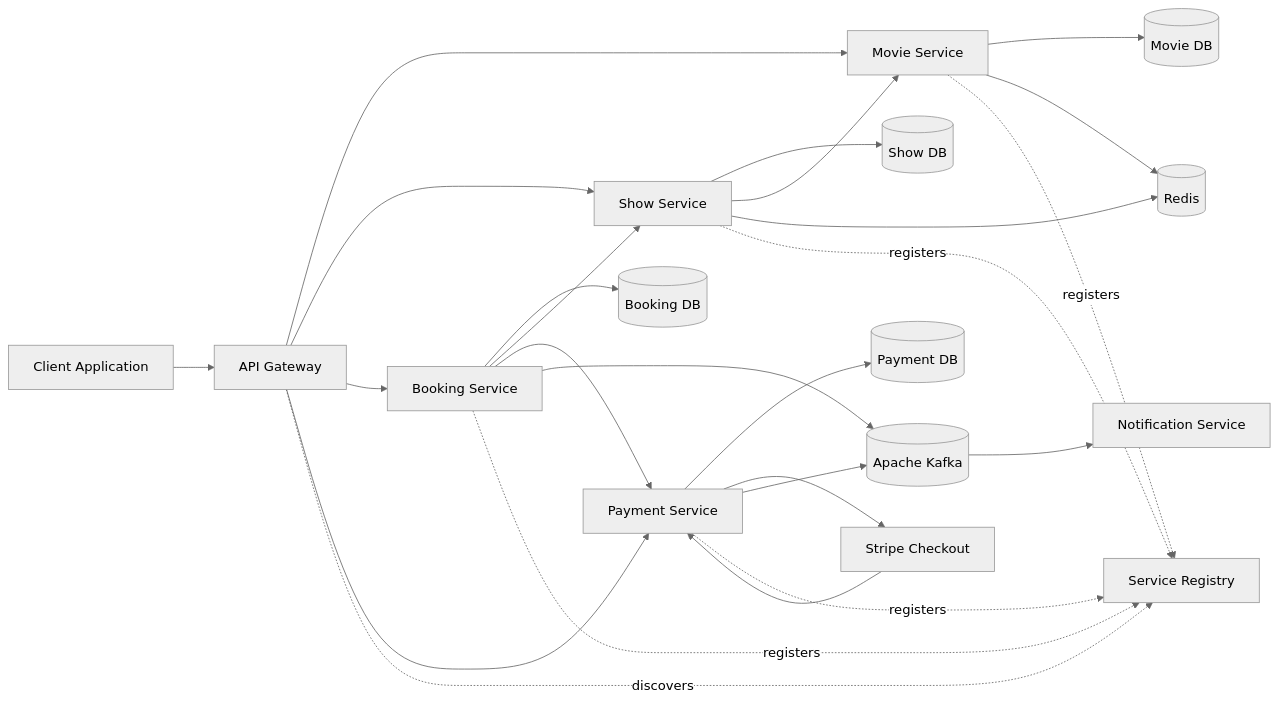
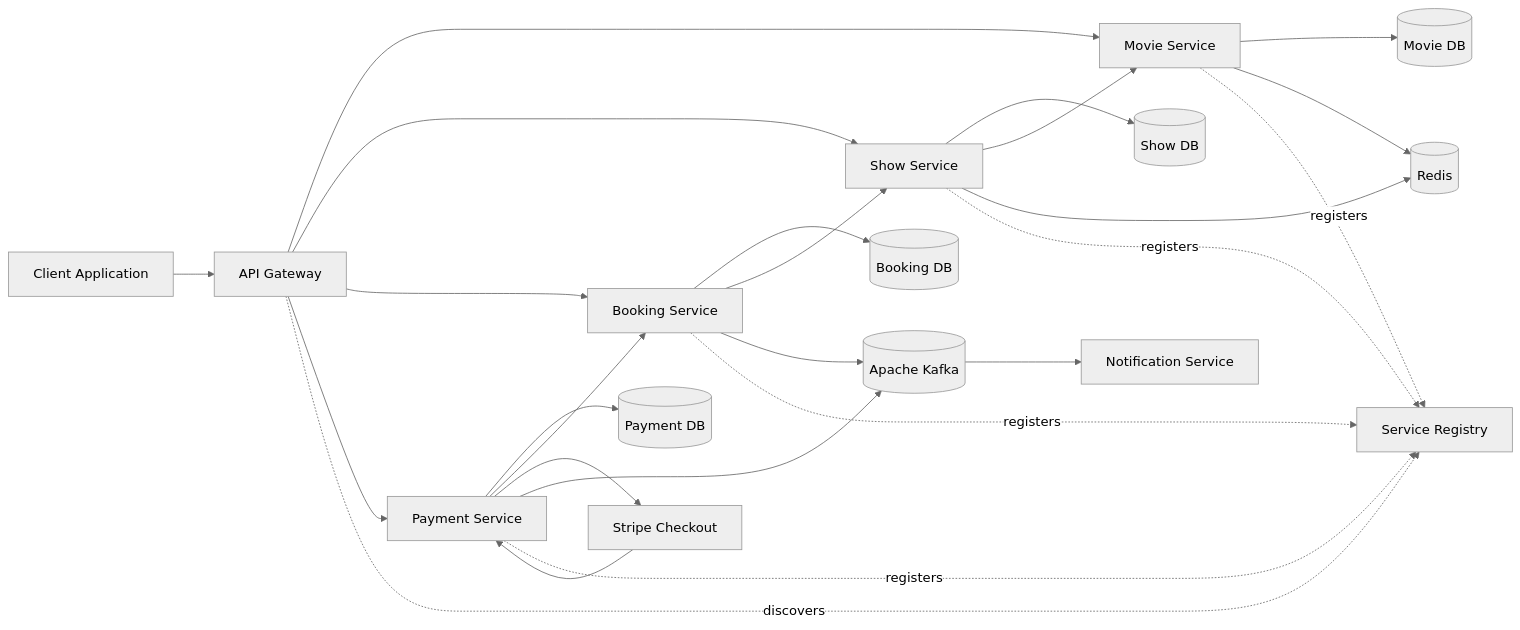
One commit to aparajits814/Microservices_ticketbooking changed the first of 2 diagrams in README.md. Above: the diagram before and after it, drawn with Mermaid (neutral theme). The commit also changed other lines of this file, not shown here.

````diff
--- a/README.md
+++ b/README.md
@@ -25,54 +25,54 @@
 ```mermaid
 flowchart LR
     Client[Client Application]
 
     Gateway[API Gateway]
     Eureka[Service Registry]
 
     Movie[Movie Service]
     Show[Show Service]
     Booking[Booking Service]
     Payment[Payment Service]
     Notification[Notification Service]
 
     Redis[(Redis)]
     MovieDB[(Movie DB)]
     ShowDB[(Show DB)]
     BookingDB[(Booking DB)]
     PaymentDB[(Payment DB)]
 
     Kafka[(Apache Kafka)]
     Stripe[Stripe Checkout]
 
     Client --> Gateway
 
     Gateway --> Movie
     Gateway --> Show
     Gateway --> Booking
     Gateway --> Payment
 
     Movie --> MovieDB
     Movie --> Redis
 
     Show --> ShowDB
     Show --> Movie
     Show --> Redis
     Booking --> BookingDB
     Payment --> PaymentDB
 
     Booking --> Show
-    Booking --> Payment
+    Payment --> Booking
 
     Payment --> Stripe
     Stripe --> Payment
 
     Payment --> Kafka
     Booking --> Kafka
     Kafka --> Notification
 
     Movie -.registers.-> Eureka
     Show -.registers.-> Eureka
     Booking -.registers.-> Eureka
     Payment -.registers.-> Eureka
     Gateway -.discovers.-> Eureka
 ```
````
